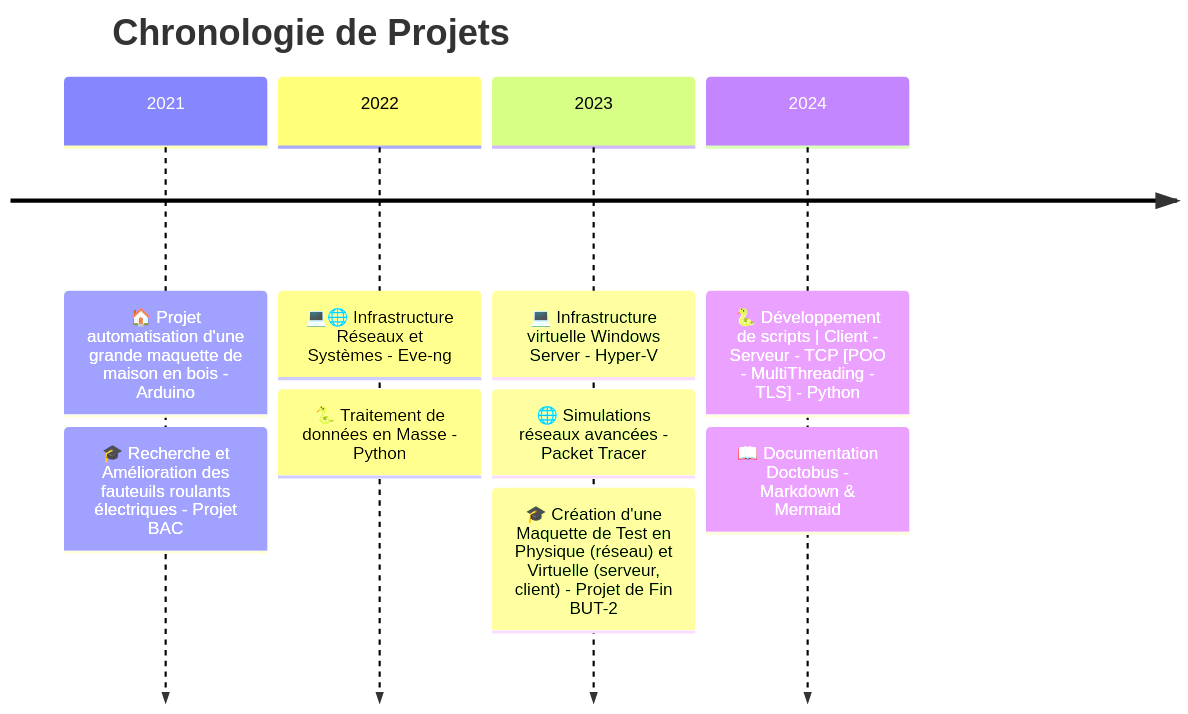
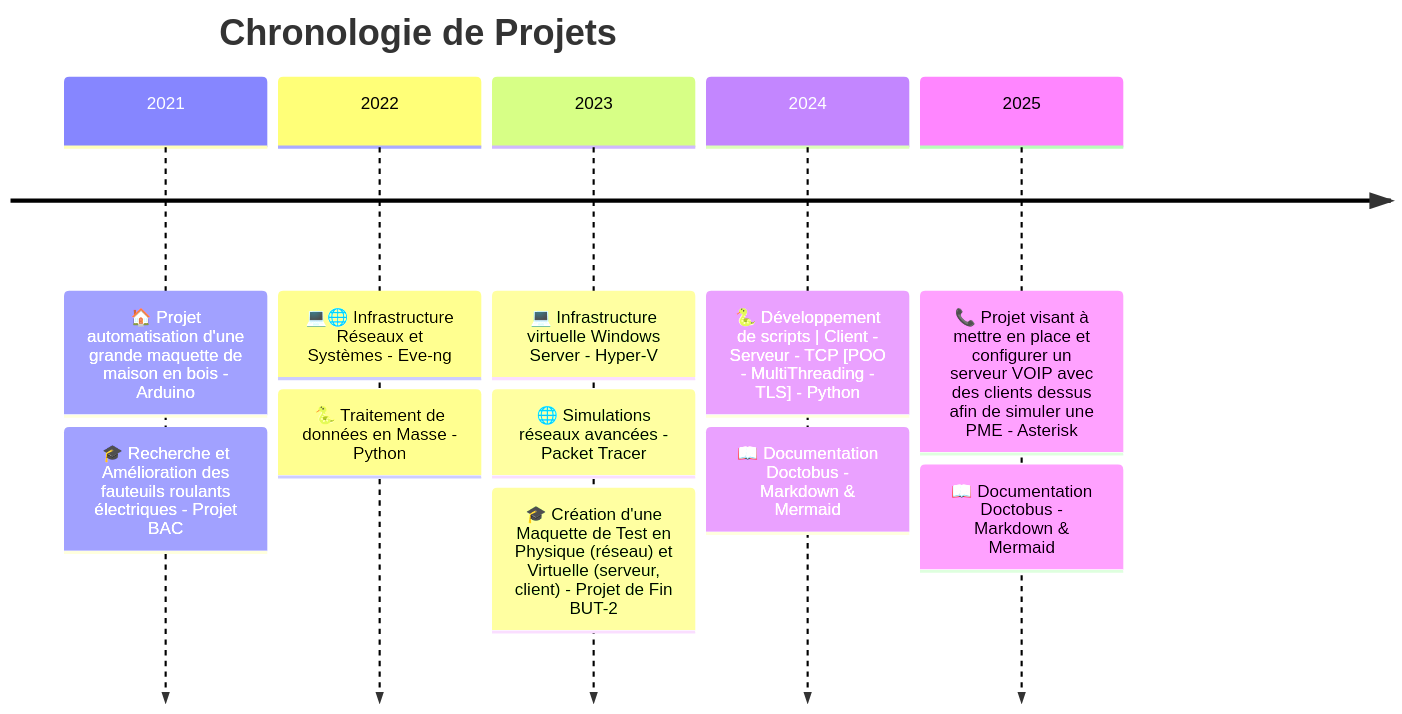
One commit to Coucou74/Coucou74 changed the diagram in README.md. Above: the diagram before and after it, drawn with Mermaid.

Commit message:
Ajout - 2025

````diff
--- a/README.md
+++ b/README.md
@@ -54,13 +54,15 @@
 ```mermaid
 timeline
     title Chronologie de Projets
     2021 : 🏠 Projet automatisation d'une grande maquette de maison en bois - Arduino
          : 🎓 Recherche et Amélioration des fauteuils roulants électriques - Projet BAC
     2022 : 💻🌐 Infrastructure Réseaux et Systèmes - Eve-ng
          : 🐍 Traitement de données en Masse - Python
     2023 : 💻 Infrastructure virtuelle Windows Server - Hyper-V
          : 🌐 Simulations réseaux avancées - Packet Tracer
          : 🎓 Création d'une Maquette de Test en Physique (réseau) et Virtuelle (serveur, client) - Projet de Fin BUT-2
     2024 : 🐍 Développement de scripts | Client - Serveur - TCP [POO - MultiThreading - TLS] - Python
          : 📖 Documentation Doctobus - Markdown & Mermaid
+    2025 : 📞 Projet visant à mettre en place et configurer un serveur VOIP avec des clients dessus afin de simuler une PME - Asterisk 
+         : 📖 Documentation Doctobus - Markdown & Mermaid
 ```
````
